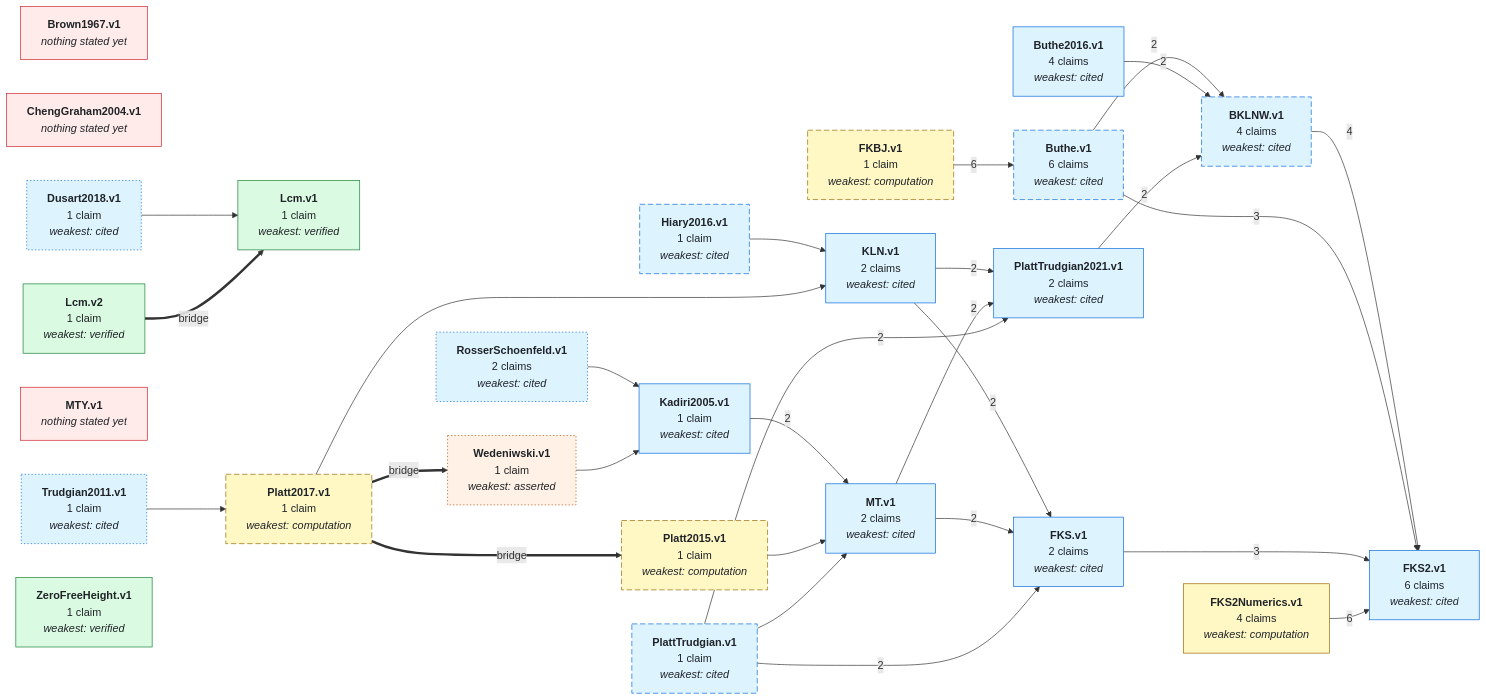
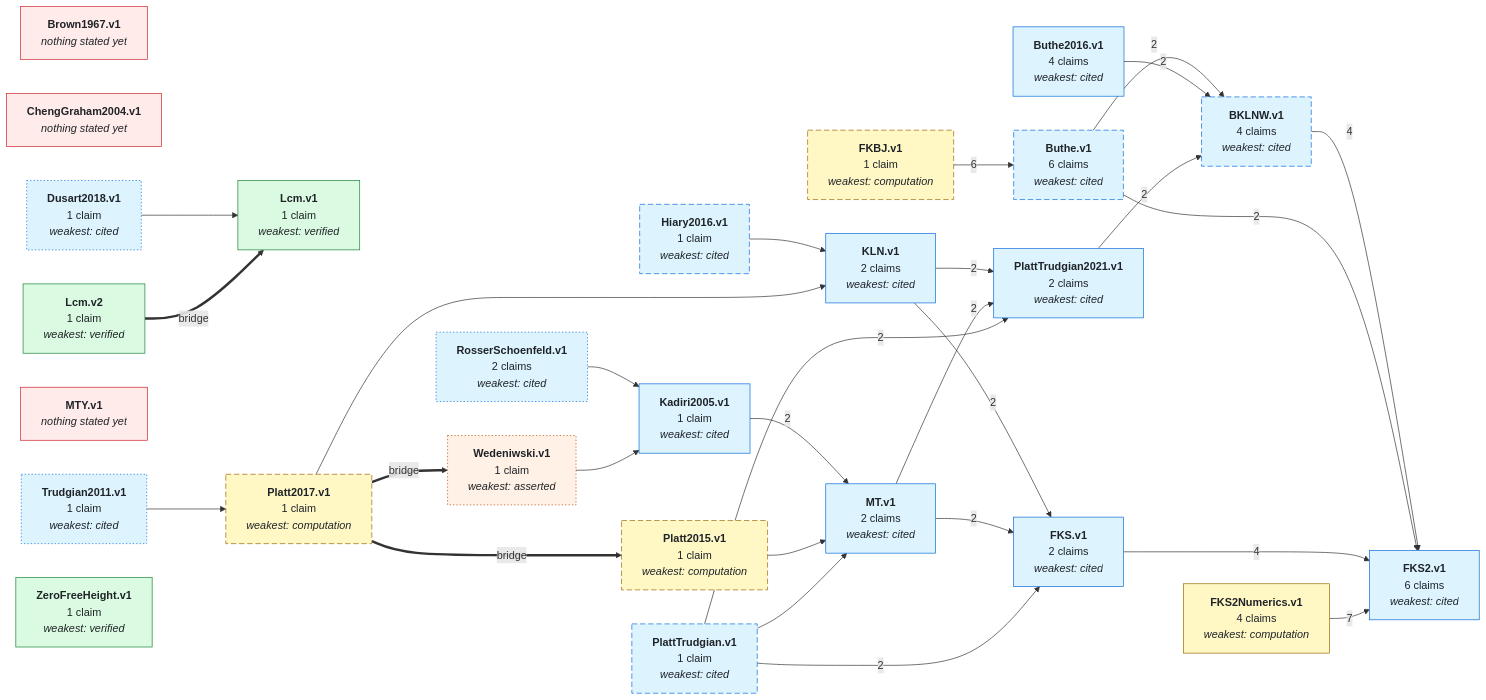
Before and after one commit to teorth/IEANTN: the first of 2 diagrams in GRAPH.md, drawn with Mermaid. The commit also changed other lines of this file and 13 other files, not shown here.

```diff
--- a/GRAPH.md
+++ b/GRAPH.md
@@ -69,12 +69,12 @@
   NZeroFreeHeight_v1["<b>ZeroFreeHeight.v1</b><br/>1 claim<br/><i>weakest: verified</i>"]
   NBKLNW_v1 -->|4| NFKS2_v1
   NButhe_v1 -->|2| NBKLNW_v1
-  NButhe_v1 -->|3| NFKS2_v1
+  NButhe_v1 -->|2| NFKS2_v1
   NButhe2016_v1 -->|2| NBKLNW_v1
   NDusart2018_v1 --> NLcm_v1
   NFKBJ_v1 -->|6| NButhe_v1
-  NFKS_v1 -->|3| NFKS2_v1
-  NFKS2Numerics_v1 -->|6| NFKS2_v1
+  NFKS_v1 -->|4| NFKS2_v1
+  NFKS2Numerics_v1 -->|7| NFKS2_v1
   NHiary2016_v1 --> NKLN_v1
   NKLN_v1 -->|2| NFKS_v1
   NKLN_v1 -->|2| NPlattTrudgian2021_v1
```
